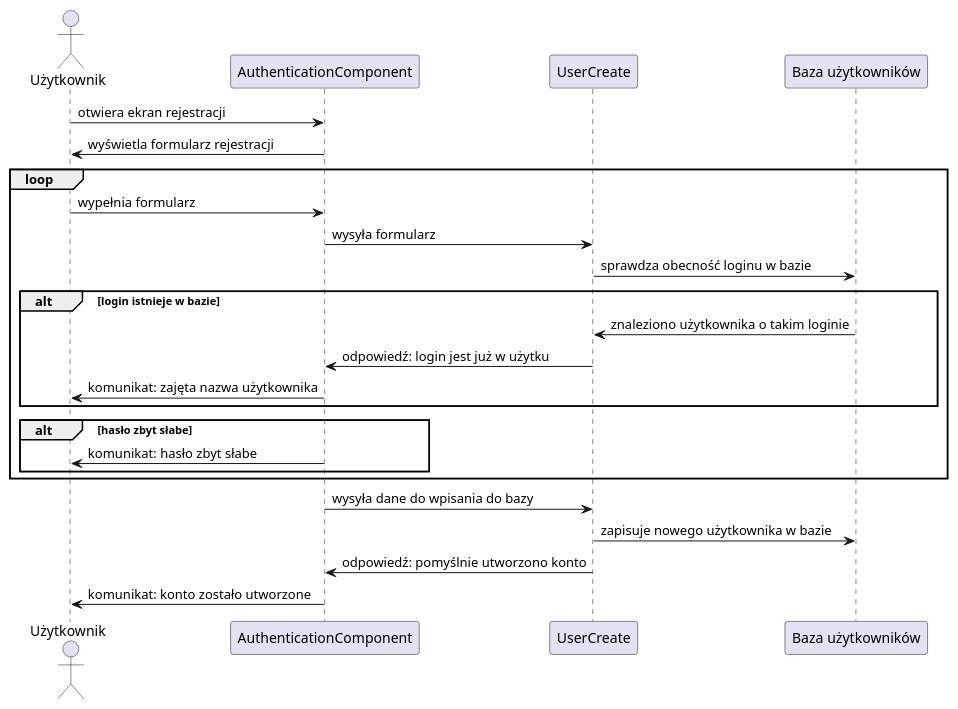
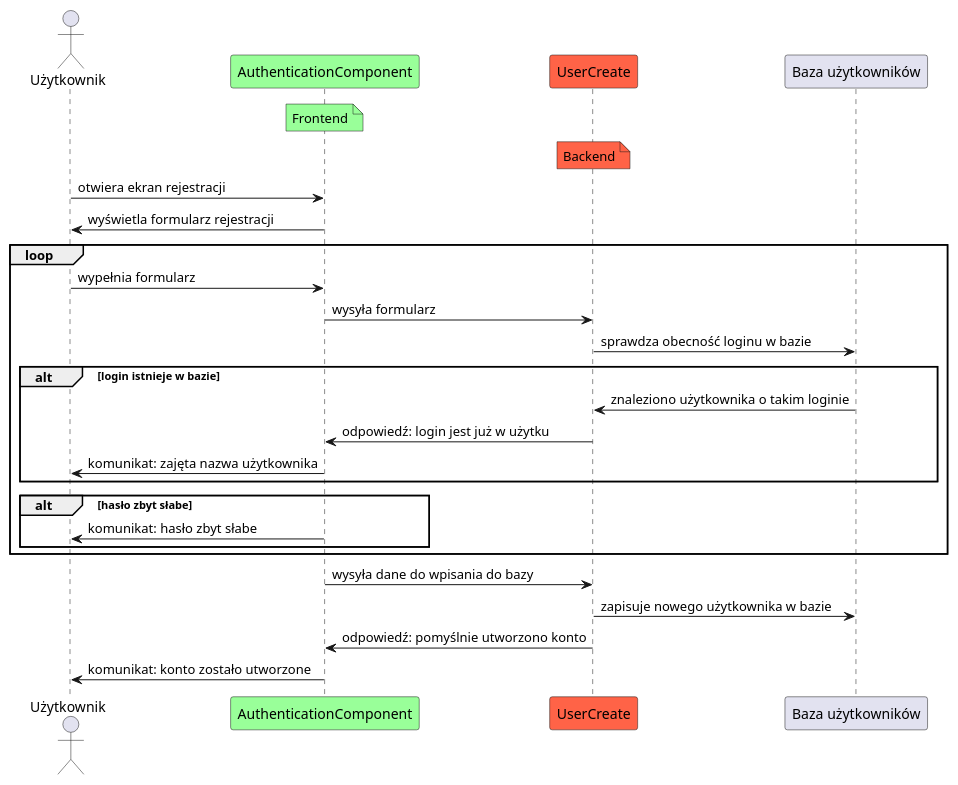
One commit to amelinium23/food-ordering-and-delivering-service changed the diagram in docs/register_sequence.md. Above: the diagram before and after it, drawn with PlantUML. The commit also changed 3 other files, not shown here.

Commit message:
Added some clarity to sequence diagrams

````diff
--- a/docs/register_sequence.md
+++ b/docs/register_sequence.md
@@ -1,28 +1,34 @@
 ```plantuml
 @startuml authister
 actor Użytkownik as user
-participant "AuthenticationComponent" as auth
-participant "UserCreate" as register
+participant "AuthenticationComponent" as auth #99FF99
+participant "UserCreate" as register #FF6347
 participant "Baza użytkowników" as db
+note over auth #99FF99
+Frontend
+end note
+note over register #FF6347
+Backend
+end note
 
 user -> auth : otwiera ekran rejestracji
 user <- auth : wyświetla formularz rejestracji
 loop
     user -> auth : wypełnia formularz
     auth -> register : wysyła formularz
     register -> db : sprawdza obecność loginu w bazie
     alt login istnieje w bazie
         register <- db : znaleziono użytkownika o takim loginie
         auth <- register : odpowiedź: login jest już w użytku
         user <- auth : komunikat: zajęta nazwa użytkownika
     end
     alt hasło zbyt słabe
         user <- auth : komunikat: hasło zbyt słabe
     end
 end
 auth -> register : wysyła dane do wpisania do bazy
 register -> db : zapisuje nowego użytkownika w bazie
 auth <- register : odpowiedź: pomyślnie utworzono konto
 user <- auth: komunikat: konto zostało utworzone
 @enduml
 ```
````
